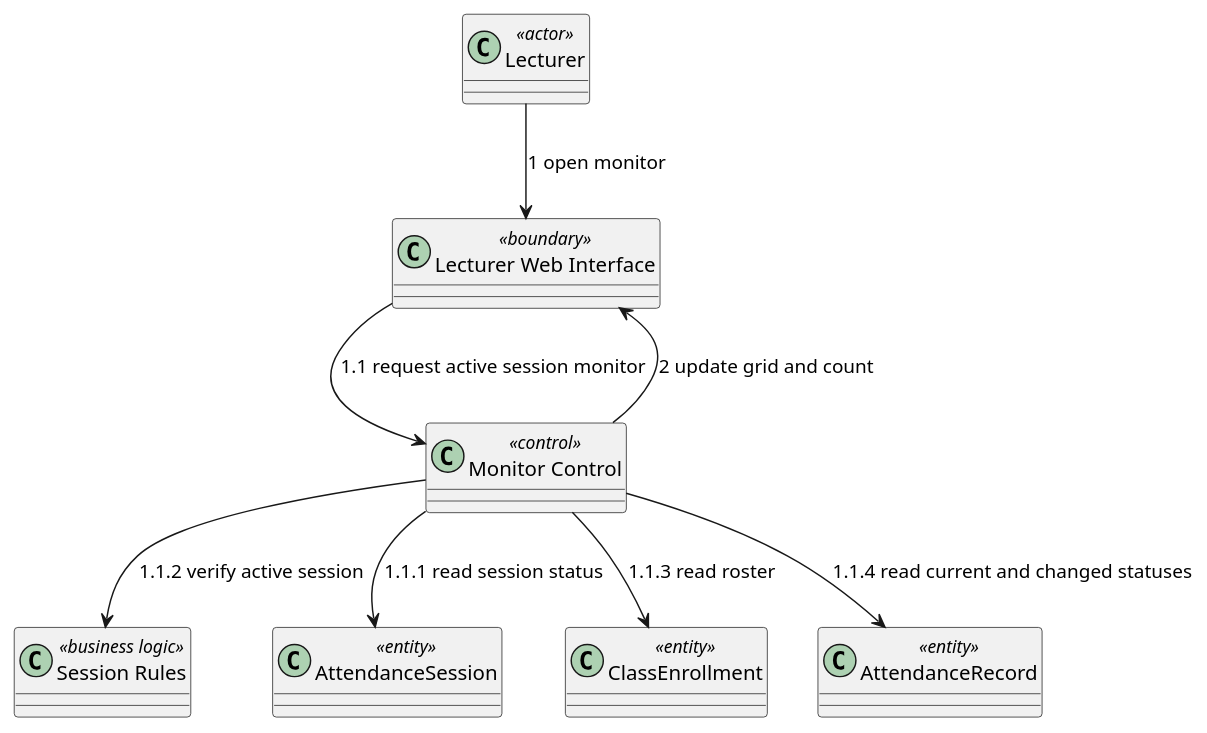
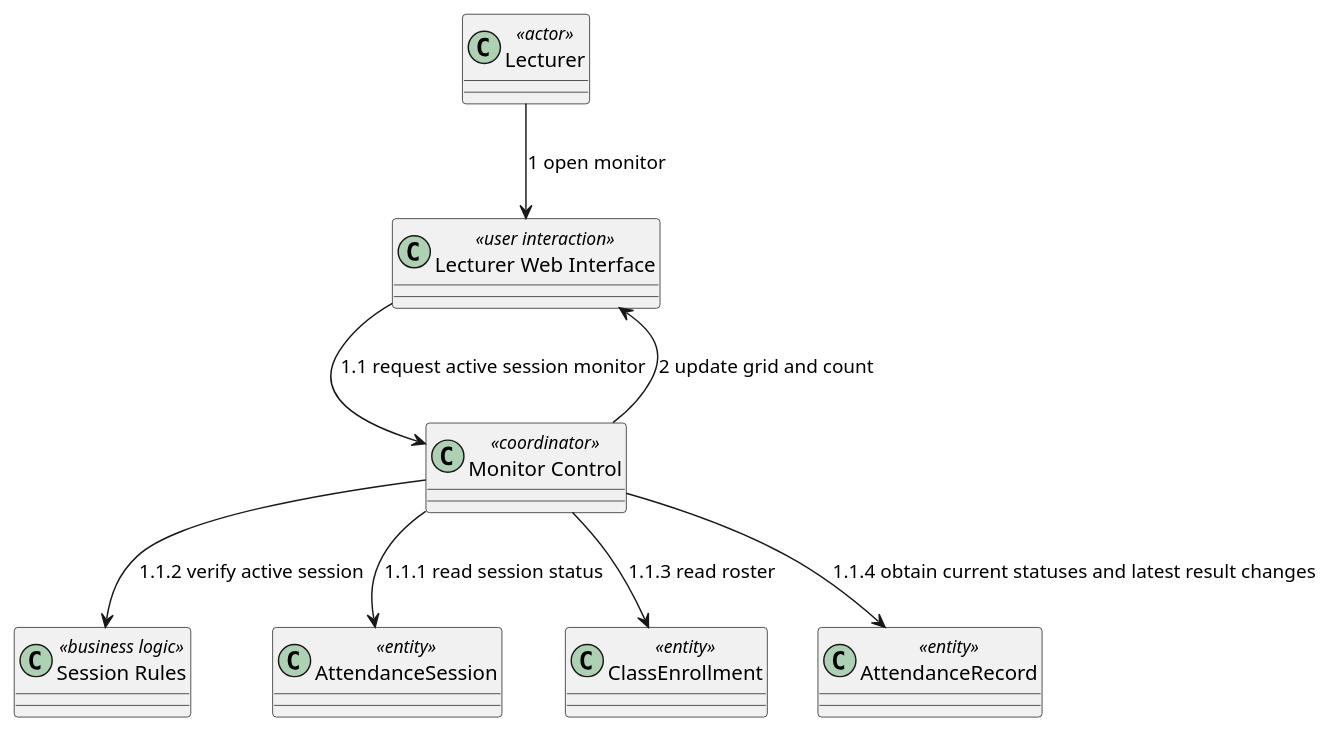
One commit to nttung42/SWD392 changed diagram 18 of 29 in docs/sds/2_Analysis.md. Above: the diagram before and after it, drawn with PlantUML. The commit also changed other lines of this file and 1 other file, not shown here.

````diff
--- a/docs/sds/2_Analysis.md
+++ b/docs/sds/2_Analysis.md
@@ -879,19 +942,19 @@
 ```plantuml
 @startuml
 class "Lecturer" as Lecturer <<actor>>
-class "Lecturer Web Interface" as LecturerUI <<boundary>>
-class "Monitor Control" as MonitorControl <<control>>
+class "Lecturer Web Interface" as LecturerUI <<user interaction>>
+class "Monitor Control" as MonitorControl <<coordinator>>
 class "Session Rules" as SessionRules <<business logic>>
 class "AttendanceSession" as AttendanceSession <<entity>>
 class "ClassEnrollment" as ClassEnrollment <<entity>>
 class "AttendanceRecord" as AttendanceRecord <<entity>>
 
 Lecturer --> LecturerUI : 1 open monitor
 LecturerUI --> MonitorControl : 1.1 request active session monitor
 MonitorControl --> AttendanceSession : 1.1.1 read session status
 MonitorControl --> SessionRules : 1.1.2 verify active session
 MonitorControl --> ClassEnrollment : 1.1.3 read roster
-MonitorControl --> AttendanceRecord : 1.1.4 read current and changed statuses
+MonitorControl --> AttendanceRecord : 1.1.4 obtain current statuses and latest result changes
 MonitorControl --> LecturerUI : 2 update grid and count
 @enduml
 ```
````
